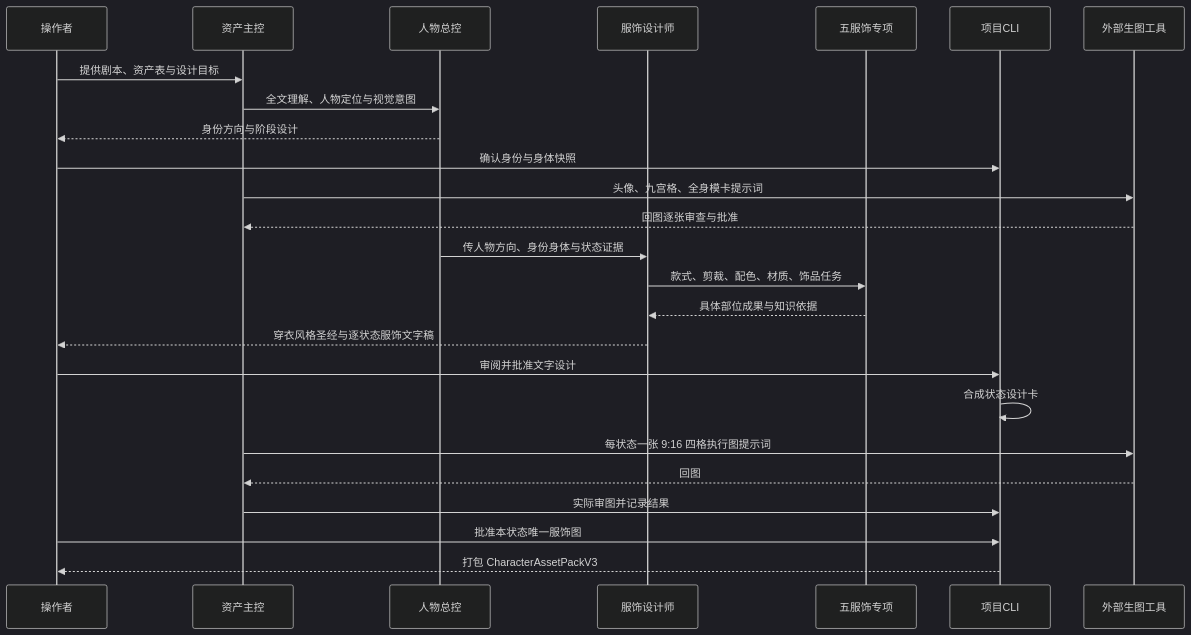
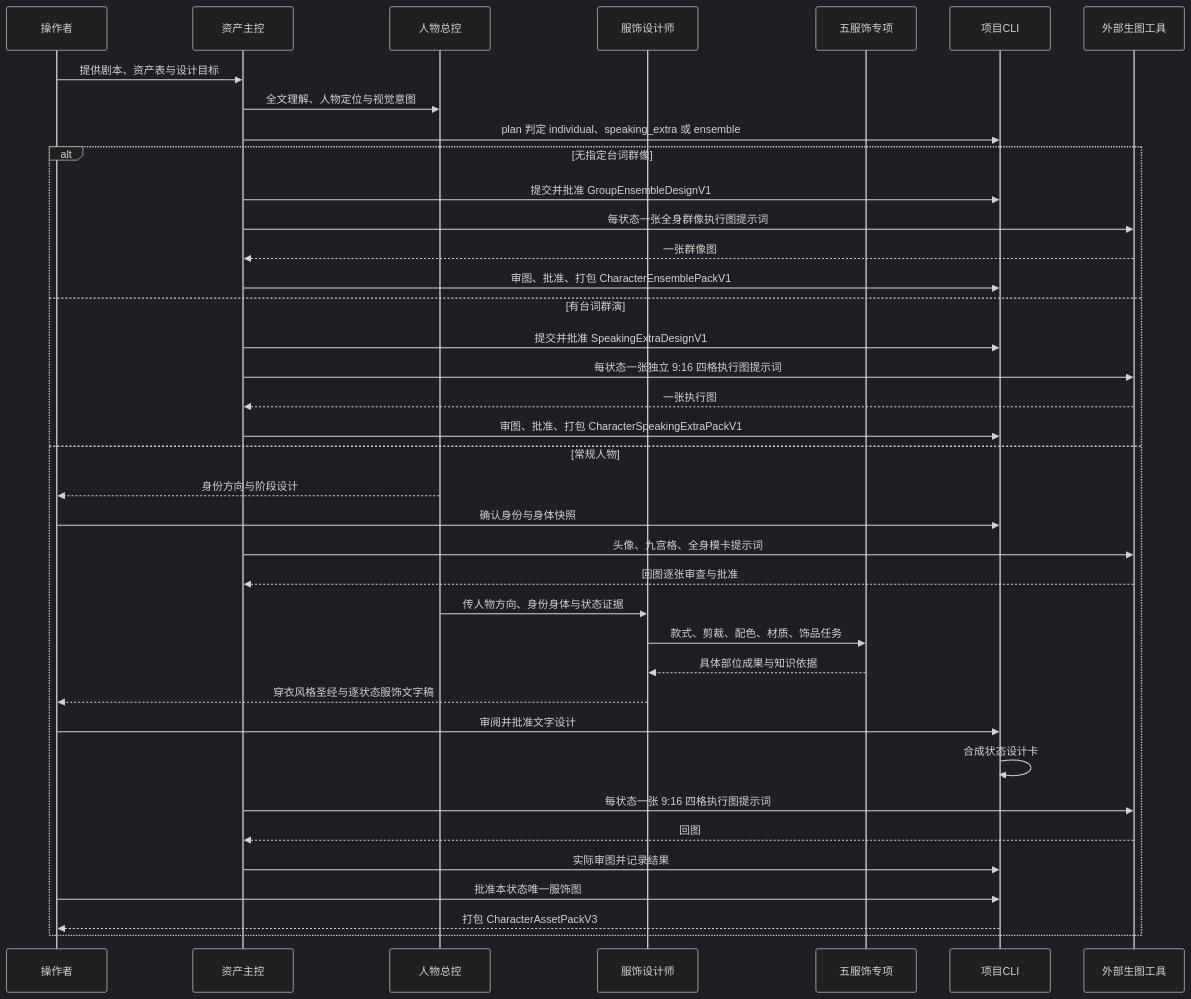
The second of 3 diagrams in README.md (kaibaoxiang-studio/ZiChan), drawn with Mermaid (dark theme) before and after one commit. The commit also changed other lines of this file and 43 other files, not shown here.

````diff
--- a/README.md
+++ b/README.md
@@ -52,27 +63,40 @@
 ```mermaid
 sequenceDiagram
     participant U as 操作者
     participant P as 资产主控
     participant D as 人物总控
     participant W as 服饰设计师
     participant S as 五服饰专项
     participant C as 项目CLI
     participant G as 外部生图工具
     U->>P: 提供剧本、资产表与设计目标
     P->>D: 全文理解、人物定位与视觉意图
+    P->>C: plan 判定 individual、speaking_extra 或 ensemble
+    alt 无指定台词群像
+        P->>C: 提交并批准 GroupEnsembleDesignV1
+        P->>G: 每状态一张全身群像执行图提示词
+        G-->>P: 一张群像图
+        P->>C: 审图、批准、打包 CharacterEnsemblePackV1
+    else 有台词群演
+        P->>C: 提交并批准 SpeakingExtraDesignV1
+        P->>G: 每状态一张独立 9:16 四格执行图提示词
+        G-->>P: 一张执行图
+        P->>C: 审图、批准、打包 CharacterSpeakingExtraPackV1
+    else 常规人物
     D-->>U: 身份方向与阶段设计
     U->>C: 确认身份与身体快照
     P->>G: 头像、九宫格、全身模卡提示词
     G-->>P: 回图逐张审查与批准
     D->>W: 传人物方向、身份身体与状态证据
     W->>S: 款式、剪裁、配色、材质、饰品任务
     S-->>W: 具体部位成果与知识依据
     W-->>U: 穿衣风格圣经与逐状态服饰文字稿
     U->>C: 审阅并批准文字设计
     C->>C: 合成状态设计卡
     P->>G: 每状态一张 9:16 四格执行图提示词
     G-->>P: 回图
     P->>C: 实际审图并记录结果
     U->>C: 批准本状态唯一服饰图
     C-->>U: 打包 CharacterAssetPackV3
+    end
 ```
````
